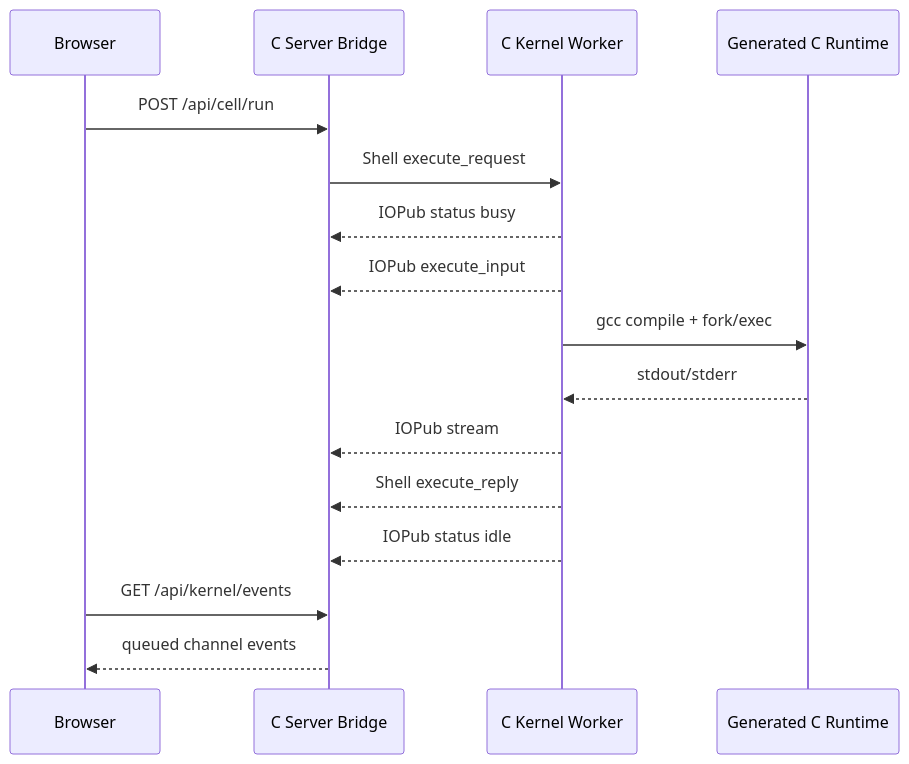
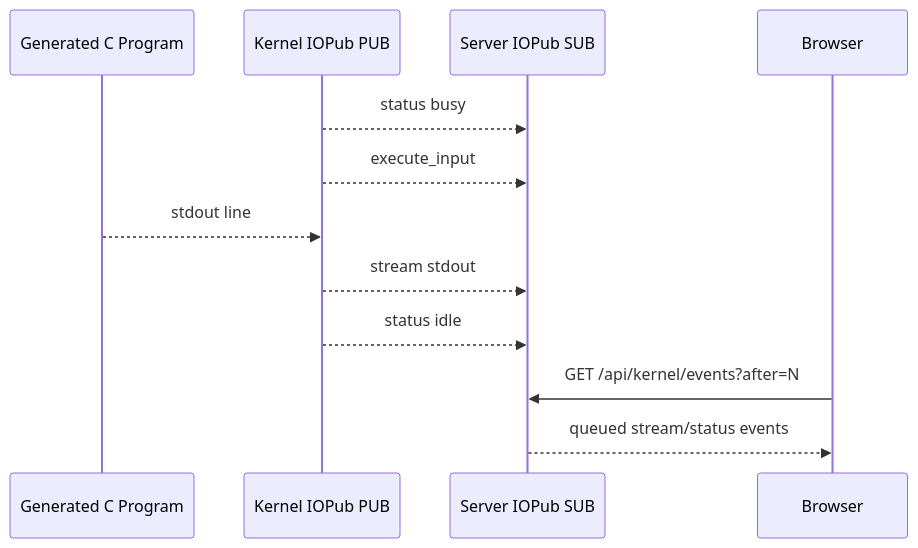
One commit to Andrew53O/zemomq-c-notebook changed the third of 8 diagrams in README.md. Above: the diagram before and after it, drawn with Mermaid. The commit also changed other lines of this file, not shown here.

Commit message:
docs: expand readme channel architecture

````diff
--- a/README.md
+++ b/README.md
@@ -77,19 +134,15 @@
 ```mermaid
 sequenceDiagram
+    participant R as Generated C Program
+    participant K as Kernel IOPub PUB
+    participant S as Server IOPub SUB
     participant B as Browser
-    participant S as C Server Bridge
-    participant K as C Kernel Worker
-    participant R as Generated C Runtime
 
-    B->>S: POST /api/cell/run
-    S->>K: Shell execute_request
-    K-->>S: IOPub status busy
-    K-->>S: IOPub execute_input
-    K->>R: gcc compile + fork/exec
-    R-->>K: stdout/stderr
-    K-->>S: IOPub stream
-    K-->>S: Shell execute_reply
-    K-->>S: IOPub status idle
-    B->>S: GET /api/kernel/events
-    S-->>B: queued channel events
+    K-->>S: status busy
+    K-->>S: execute_input
+    R-->>K: stdout line
+    K-->>S: stream stdout
+    K-->>S: status idle
+    B->>S: GET /api/kernel/events?after=N
+    S-->>B: queued stream/status events
 ```
````
